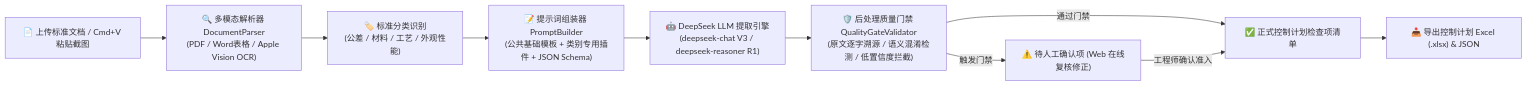
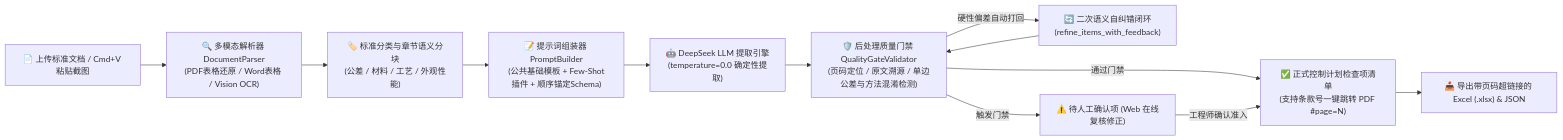
One commit to jxtanchris/cp-extractor changed the diagram in README.md. Above: the diagram before and after it, drawn with Mermaid. The commit also changed other lines of this file, not shown here.

Commit message:
docs: update README with accuracy enhancements and PDF page hyperlink navigation

````diff
--- a/README.md
+++ b/README.md
@@ -36,12 +45,14 @@
 ```mermaid
 flowchart LR
-    A["📄 上传标准文档 / Cmd+V 粘贴截图"] --> B["🔍 多模态解析器 DocumentParser\n(PDF / Word表格 / Apple Vision OCR)"]
-    B --> C["🏷️ 标准分类识别\n(公差 / 材料 / 工艺 / 外观性能)"]
-    C --> D["📝 提示词组装器 PromptBuilder\n(公共基础模板 + 类别专用插件 + JSON Schema)"]
-    D --> E["🤖 DeepSeek LLM 提取引擎\n(deepseek-chat V3 / deepseek-reasoner R1)"]
-    E --> F["🛡️ 后处理质量门禁 QualityGateValidator\n(原文逐字溯源 / 语义混淆检测 / 低置信度拦截)"]
-    F -->|通过门禁| G["✅ 正式控制计划检查项清单"]
+    A["📄 上传标准文档 / Cmd+V 粘贴截图"] --> B["🔍 多模态解析器 DocumentParser\n(PDF表格还原 / Word表格 / Vision OCR)"]
+    B --> C["🏷️ 标准分类与章节语义分块\n(公差 / 材料 / 工艺 / 外观性能)"]
+    C --> D["📝 提示词组装器 PromptBuilder\n(公共基础模板 + Few-Shot插件 + 顺序锚定Schema)"]
+    D --> E["🤖 DeepSeek LLM 提取引擎\n(temperature=0.0 确定性提取)"]
+    E --> F["🛡️ 后处理质量门禁 QualityGateValidator\n(页码定位 / 原文溯源 / 单边公差与方法混淆检测)"]
+    F -->|硬性偏差自动打回| R["🔄 二次语义自纠错闭环\n(refine_items_with_feedback)"]
+    R --> F
+    F -->|通过门禁| G["✅ 正式控制计划检查项清单\n(支持条款号一键跳转 PDF #page=N)"]
     F -->|触发门禁| H["⚠️ 待人工确认项 (Web 在线复核修正)"]
     H -->|工程师确认准入| G
-    G --> I["📥 导出控制计划 Excel (.xlsx) & JSON"]
+    G --> I["📥 导出带页码超链接的 Excel (.xlsx) & JSON"]
 ```
````
